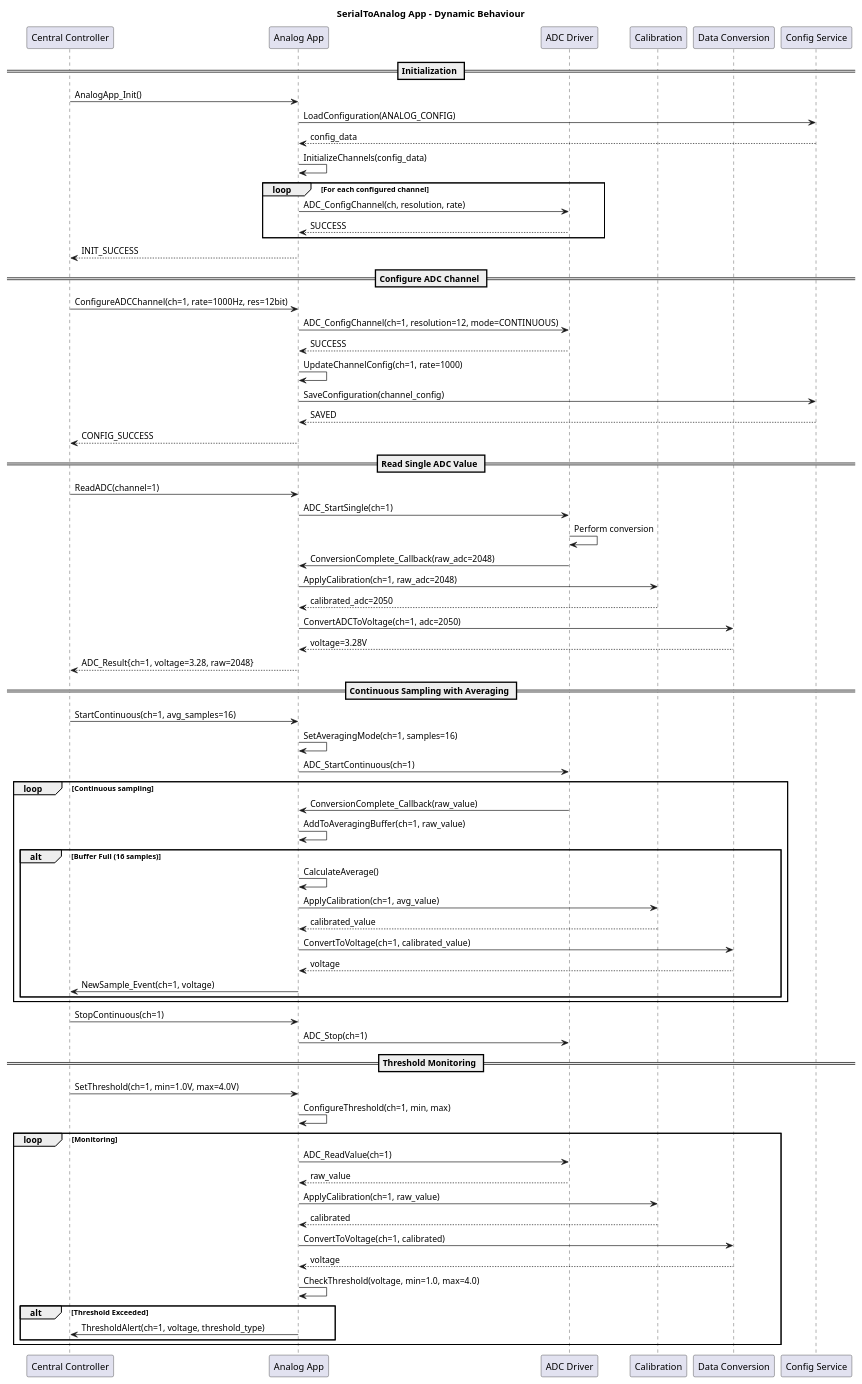
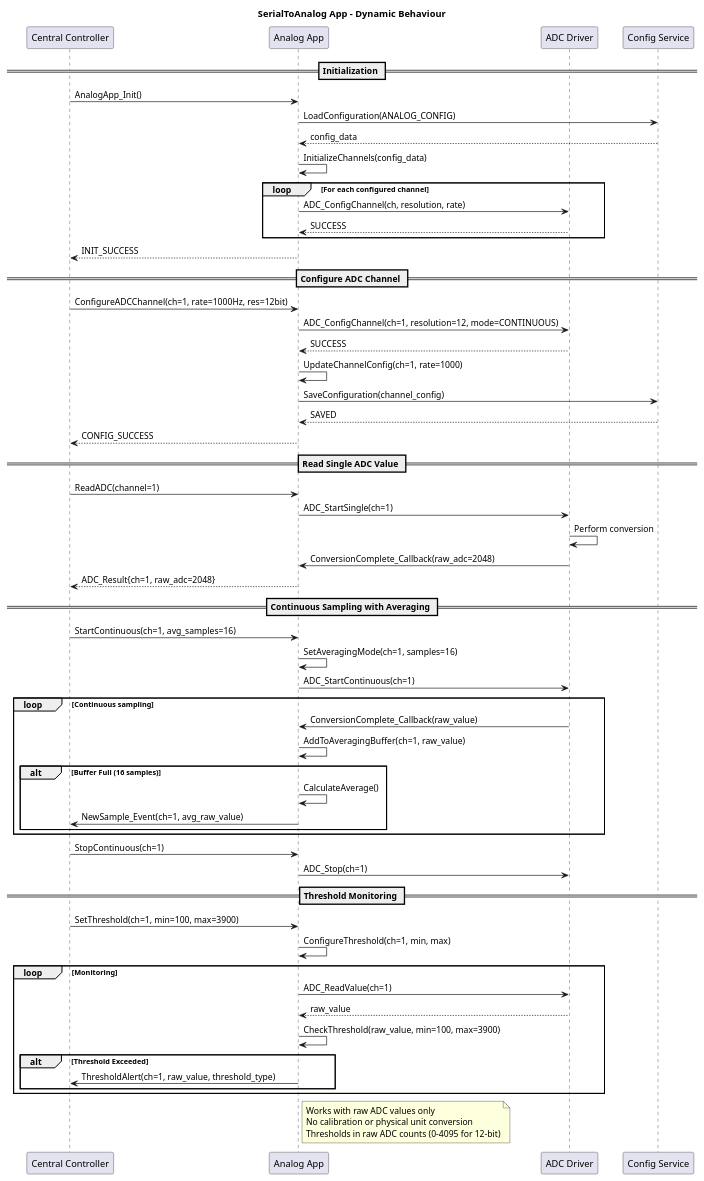
The diagram in 2_architecture/fucntionView/layer3Application/serialToAnalogApp/dynamicBehaviour.puml (LinhTrucVo/Bico_Protocol_Bridge), drawn with PlantUML before and after one commit. The commit also changed 13 other files, not shown here.

Commit message:
Calib and DataConvert feature related content the layer3

```diff
--- a/2_architecture/fucntionView/layer3Application/serialToAnalogApp/dynamicBehaviour.puml
+++ b/2_architecture/fucntionView/layer3Application/serialToAnalogApp/dynamicBehaviour.puml
@@ -1,82 +1,74 @@
 @startuml
 title SerialToAnalog App - Dynamic Behaviour
 
 participant "Central Controller" as CC
 participant "Analog App" as AA
 participant "ADC Driver" as ADC
-participant "Calibration" as CAL
-participant "Data Conversion" as DC
 participant "Config Service" as CFG
 
 == Initialization ==
 CC -> AA : AnalogApp_Init()
 AA -> CFG : LoadConfiguration(ANALOG_CONFIG)
 CFG --> AA : config_data
 AA -> AA : InitializeChannels(config_data)
 loop For each configured channel
     AA -> ADC : ADC_ConfigChannel(ch, resolution, rate)
     ADC --> AA : SUCCESS
 end
 AA --> CC : INIT_SUCCESS
 
 == Configure ADC Channel ==
 CC -> AA : ConfigureADCChannel(ch=1, rate=1000Hz, res=12bit)
 AA -> ADC : ADC_ConfigChannel(ch=1, resolution=12, mode=CONTINUOUS)
 ADC --> AA : SUCCESS
 AA -> AA : UpdateChannelConfig(ch=1, rate=1000)
 AA -> CFG : SaveConfiguration(channel_config)
 CFG --> AA : SAVED
 AA --> CC : CONFIG_SUCCESS
 
 == Read Single ADC Value ==
 CC -> AA : ReadADC(channel=1)
 AA -> ADC : ADC_StartSingle(ch=1)
 ADC -> ADC : Perform conversion
 ADC -> AA : ConversionComplete_Callback(raw_adc=2048)
-AA -> CAL : ApplyCalibration(ch=1, raw_adc=2048)
-CAL --> AA : calibrated_adc=2050
-AA -> DC : ConvertADCToVoltage(ch=1, adc=2050)
-DC --> AA : voltage=3.28V
-AA --> CC : ADC_Result{ch=1, voltage=3.28, raw=2048}
+AA --> CC : ADC_Result{ch=1, raw_adc=2048}
 
 == Continuous Sampling with Averaging ==
 CC -> AA : StartContinuous(ch=1, avg_samples=16)
 AA -> AA : SetAveragingMode(ch=1, samples=16)
 AA -> ADC : ADC_StartContinuous(ch=1)
 
 loop Continuous sampling
     ADC -> AA : ConversionComplete_Callback(raw_value)
     AA -> AA : AddToAveragingBuffer(ch=1, raw_value)
     
     alt Buffer Full (16 samples)
         AA -> AA : CalculateAverage()
-        AA -> CAL : ApplyCalibration(ch=1, avg_value)
-        CAL --> AA : calibrated_value
-        AA -> DC : ConvertToVoltage(ch=1, calibrated_value)
-        DC --> AA : voltage
-        AA -> CC : NewSample_Event(ch=1, voltage)
+        AA -> CC : NewSample_Event(ch=1, avg_raw_value)
     end
 end
 
 CC -> AA : StopContinuous(ch=1)
 AA -> ADC : ADC_Stop(ch=1)
 
 == Threshold Monitoring ==
-CC -> AA : SetThreshold(ch=1, min=1.0V, max=4.0V)
+CC -> AA : SetThreshold(ch=1, min=100, max=3900)
 AA -> AA : ConfigureThreshold(ch=1, min, max)
 
 loop Monitoring
     AA -> ADC : ADC_ReadValue(ch=1)
     ADC --> AA : raw_value
-    AA -> CAL : ApplyCalibration(ch=1, raw_value)
-    CAL --> AA : calibrated
-    AA -> DC : ConvertToVoltage(ch=1, calibrated)
-    DC --> AA : voltage
-    AA -> AA : CheckThreshold(voltage, min=1.0, max=4.0)
+    AA -> AA : CheckThreshold(raw_value, min=100, max=3900)
     
     alt Threshold Exceeded
-        AA -> CC : ThresholdAlert(ch=1, voltage, threshold_type)
+        AA -> CC : ThresholdAlert(ch=1, raw_value, threshold_type)
     end
 end
 
+note right of AA
+  Works with raw ADC values only
+  No calibration or physical unit conversion
+  Thresholds in raw ADC counts (0-4095 for 12-bit)
+end note
+
 @enduml
```
